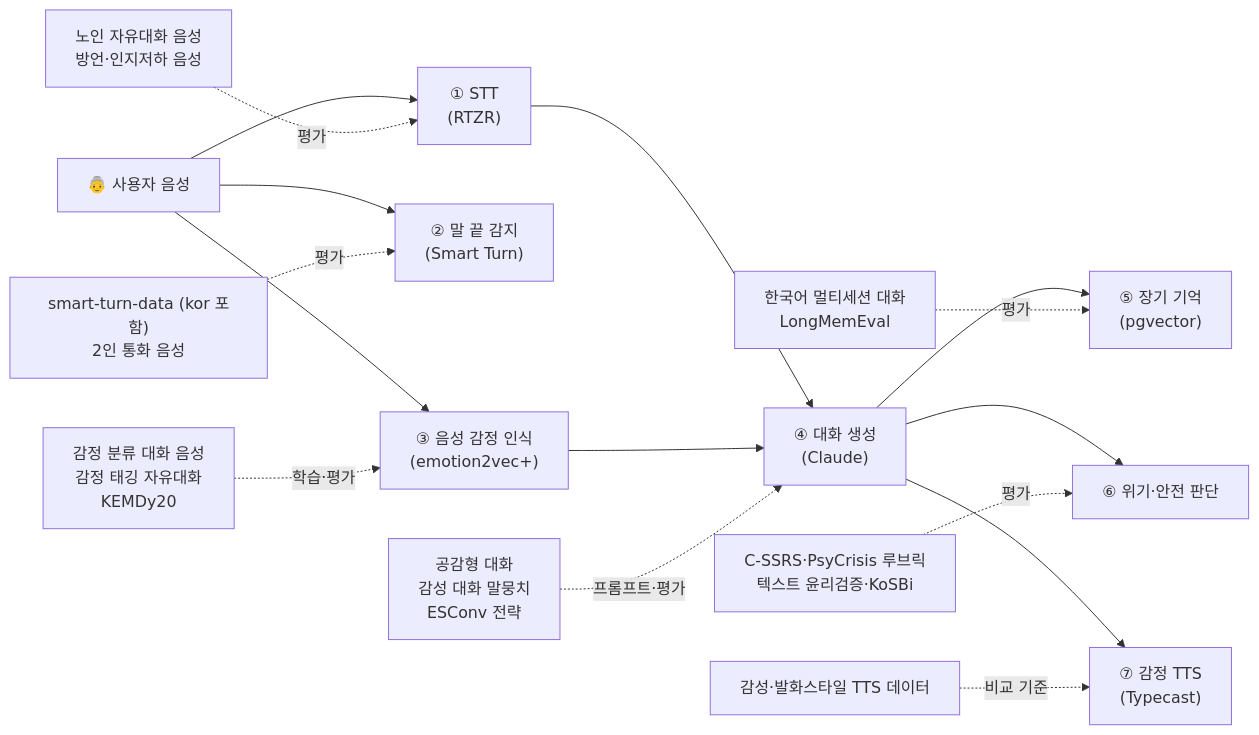
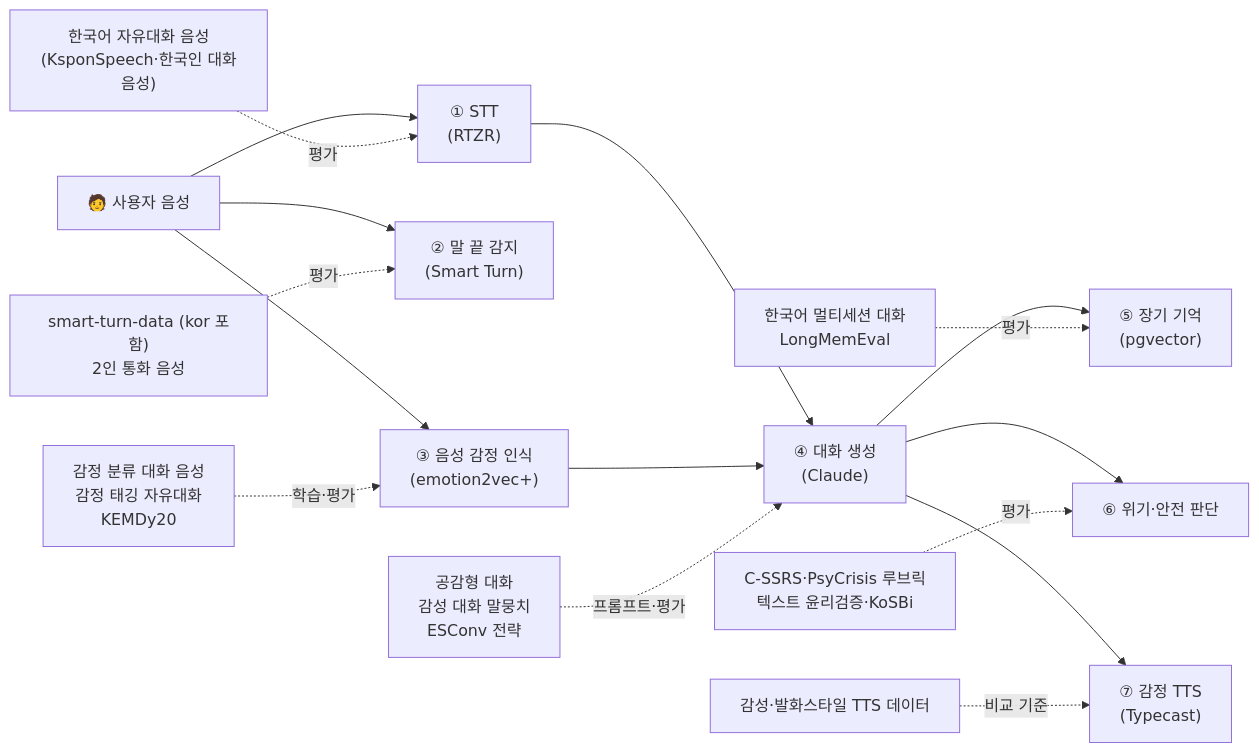
The first of 3 diagrams in research_notes/데이터셋 조사/hanbeot_datasets.md (JaeHong-Jang/Hanbeot), drawn with Mermaid before and after one commit. The commit also changed other lines of this file and 17 other files, not shown here.

````diff
--- a/research_notes/데이터셋 조사/hanbeot_datasets.md
+++ b/research_notes/데이터셋 조사/hanbeot_datasets.md
@@ -15,19 +15,19 @@
 ```mermaid
 flowchart LR
-  U["👵 사용자 음성"] --> STT["① STT<br/>(RTZR)"]
+  U["🧑 사용자 음성"] --> STT["① STT<br/>(RTZR)"]
   U --> TURN["② 말 끝 감지<br/>(Smart Turn)"]
   U --> SER["③ 음성 감정 인식<br/>(emotion2vec+)"]
   STT --> LLM["④ 대화 생성<br/>(Claude)"]
   SER --> LLM
   LLM --> MEM["⑤ 장기 기억<br/>(pgvector)"]
   LLM --> SAFE["⑥ 위기·안전 판단"]
   LLM --> TTS["⑦ 감정 TTS<br/>(Typecast)"]
 
-  D1["노인 자유대화 음성<br/>방언·인지저하 음성"] -.평가.-> STT
+  D1["한국어 자유대화 음성<br/>(KsponSpeech·한국인 대화음성)"] -.평가.-> STT
   D2["smart-turn-data (kor 포함)<br/>2인 통화 음성"] -.평가.-> TURN
   D3["감정 분류 대화 음성<br/>감정 태깅 자유대화<br/>KEMDy20"] -.학습·평가.-> SER
   D4["공감형 대화<br/>감성 대화 말뭉치<br/>ESConv 전략"] -.프롬프트·평가.-> LLM
   D5["한국어 멀티세션 대화<br/>LongMemEval"] -.평가.-> MEM
   D6["C-SSRS·PsyCrisis 루브릭<br/>텍스트 윤리검증·KoSBi"] -.평가.-> SAFE
   D7["감성·발화스타일 TTS 데이터"] -.비교 기준.-> TTS
 ```
````
